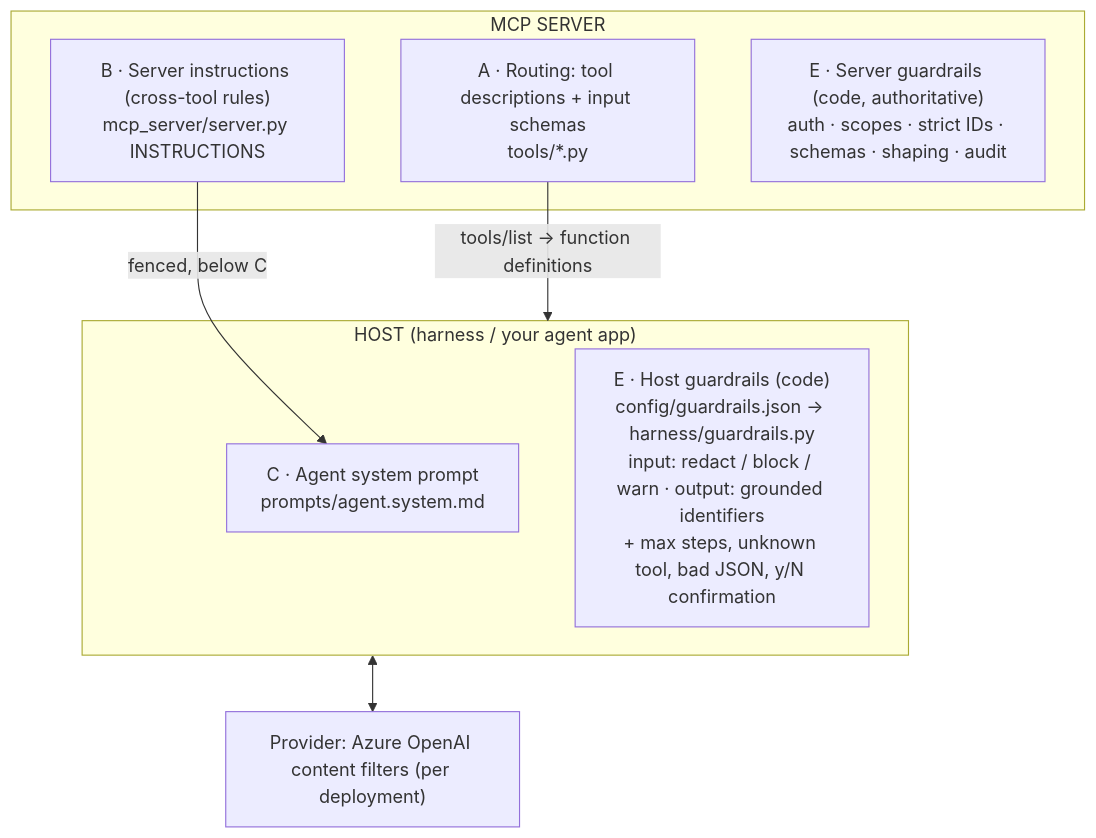
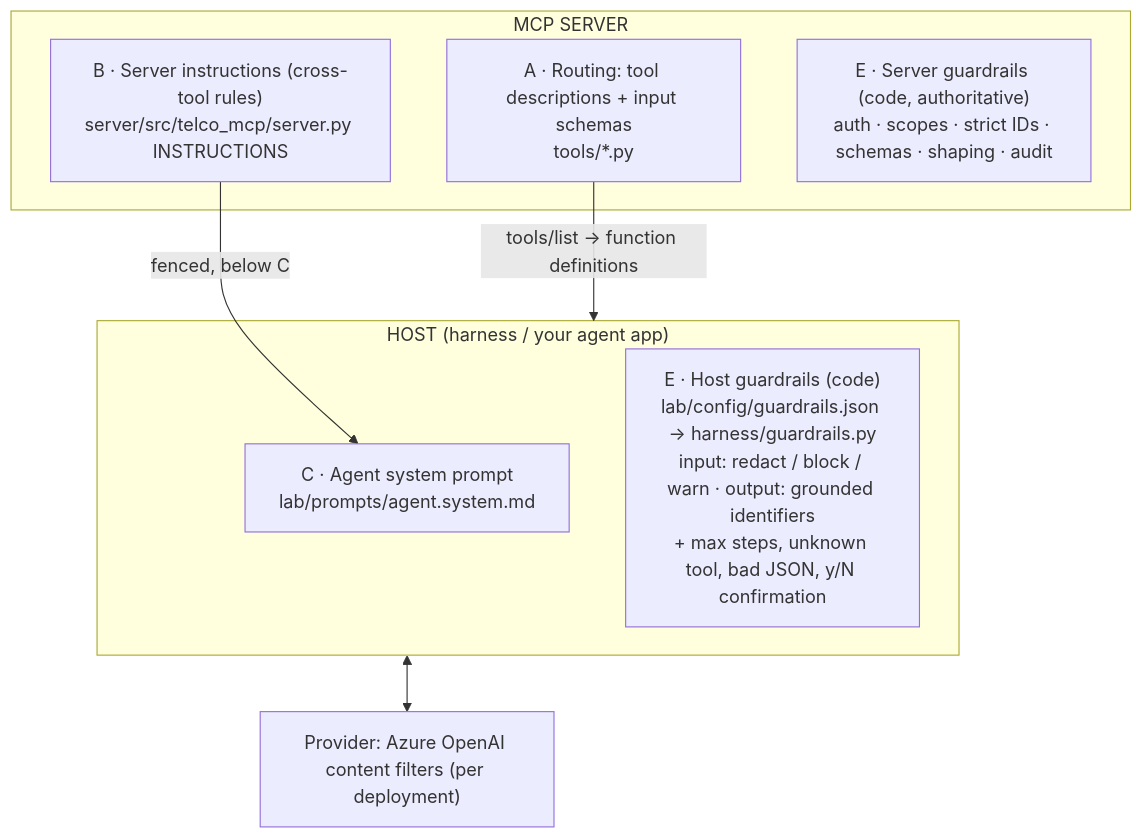
Before and after one commit to teja1989/Intel-Inteligence-mcp: the diagram in docs/05b-prompts-and-guardrails.md, drawn with Mermaid. The commit also changed other lines of this file and 164 other files, not shown here.

````diff
--- a/docs/05b-prompts-and-guardrails.md
+++ b/docs/05b-prompts-and-guardrails.md
@@ -25,16 +25,16 @@
 ```mermaid
 flowchart TB
     subgraph Host["HOST (harness / your agent app)"]
-        C["C · Agent system prompt<br/>prompts/agent.system.md"]
-        EH["E · Host guardrails (code)<br/>config/guardrails.json → harness/guardrails.py<br/>input: redact / block / warn · output: grounded identifiers<br/>+ max steps, unknown tool, bad JSON, y/N confirmation"]
+        C["C · Agent system prompt<br/>lab/prompts/agent.system.md"]
+        EH["E · Host guardrails (code)<br/>lab/config/guardrails.json → harness/guardrails.py<br/>input: redact / block / warn · output: grounded identifiers<br/>+ max steps, unknown tool, bad JSON, y/N confirmation"]
     end
     subgraph Server["MCP SERVER"]
         A["A · Routing: tool descriptions + input schemas<br/>tools/*.py"]
-        B["B · Server instructions (cross-tool rules)<br/>mcp_server/server.py INSTRUCTIONS"]
+        B["B · Server instructions (cross-tool rules)<br/>server/src/telco_mcp/server.py INSTRUCTIONS"]
         ES["E · Server guardrails (code, authoritative)<br/>auth · scopes · strict IDs · schemas · shaping · audit"]
     end
     P["Provider: Azure OpenAI content filters (per deployment)"]
     B -- "fenced, below C" --> C
     A -- "tools/list → function definitions" --> Host
     Host <--> P
 ```
````
